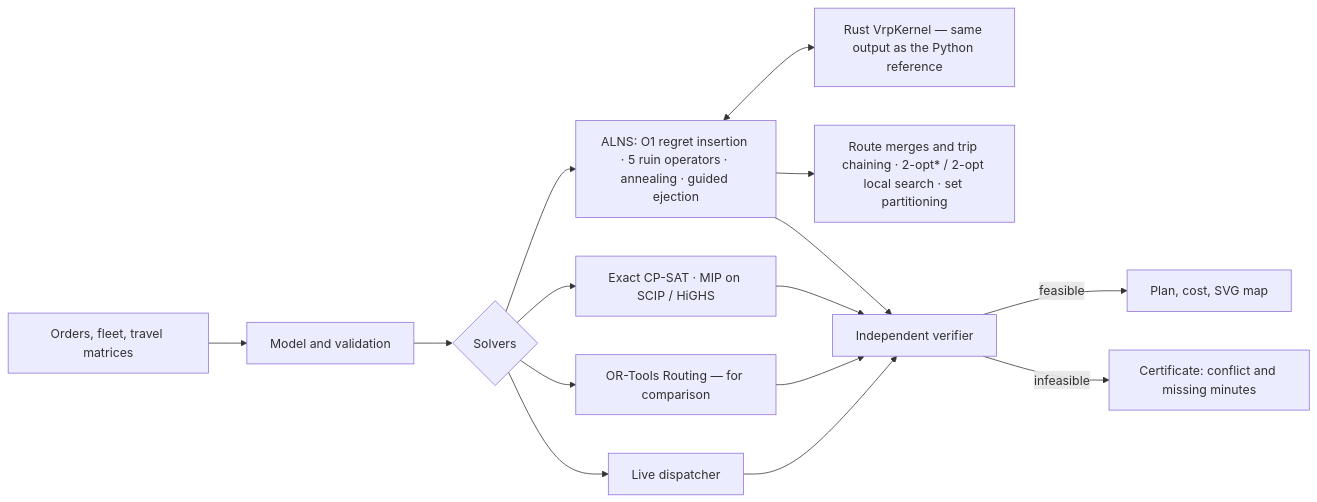
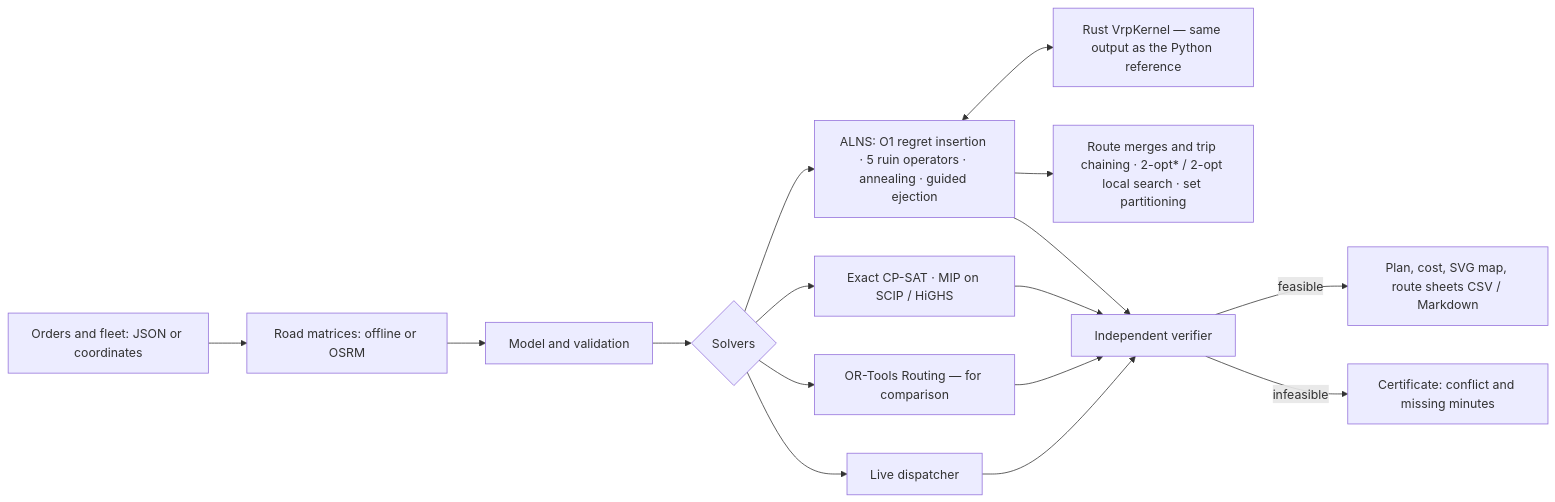
The diagram in README.en.md (KonkovDV/SynAPS-MobiRoute), drawn with Mermaid before and after one commit. The commit also changed other lines of this file and 12 other files, not shown here.

First line of the commit message:
docs: coordinates, route sheets, Lemma 4 and the key formulas

````diff
--- a/README.en.md
+++ b/README.en.md
@@ -76,17 +100,18 @@
 ```mermaid
 flowchart LR
-  A[Orders, fleet, travel matrices] --> B[Model and validation]
+  A[Orders and fleet: JSON or coordinates] --> G[Road matrices: offline or OSRM]
+  G --> B[Model and validation]
   B --> C{Solvers}
   C --> D[ALNS: O1 regret insertion · 5 ruin operators · annealing · guided ejection]
   D <--> K[Rust VrpKernel — same output as the Python reference]
   D --> M[Route merges and trip chaining · 2-opt* / 2-opt local search · set partitioning]
   C --> E[Exact CP-SAT · MIP on SCIP / HiGHS]
   C --> O[OR-Tools Routing — for comparison]
   C --> R[Live dispatcher]
   D --> V[Independent verifier]
   E --> V
   O --> V
   R --> V
-  V -->|feasible| P[Plan, cost, SVG map]
+  V -->|feasible| P[Plan, cost, SVG map, route sheets CSV / Markdown]
   V -->|infeasible| H[Certificate: conflict and missing minutes]
 ```
````
